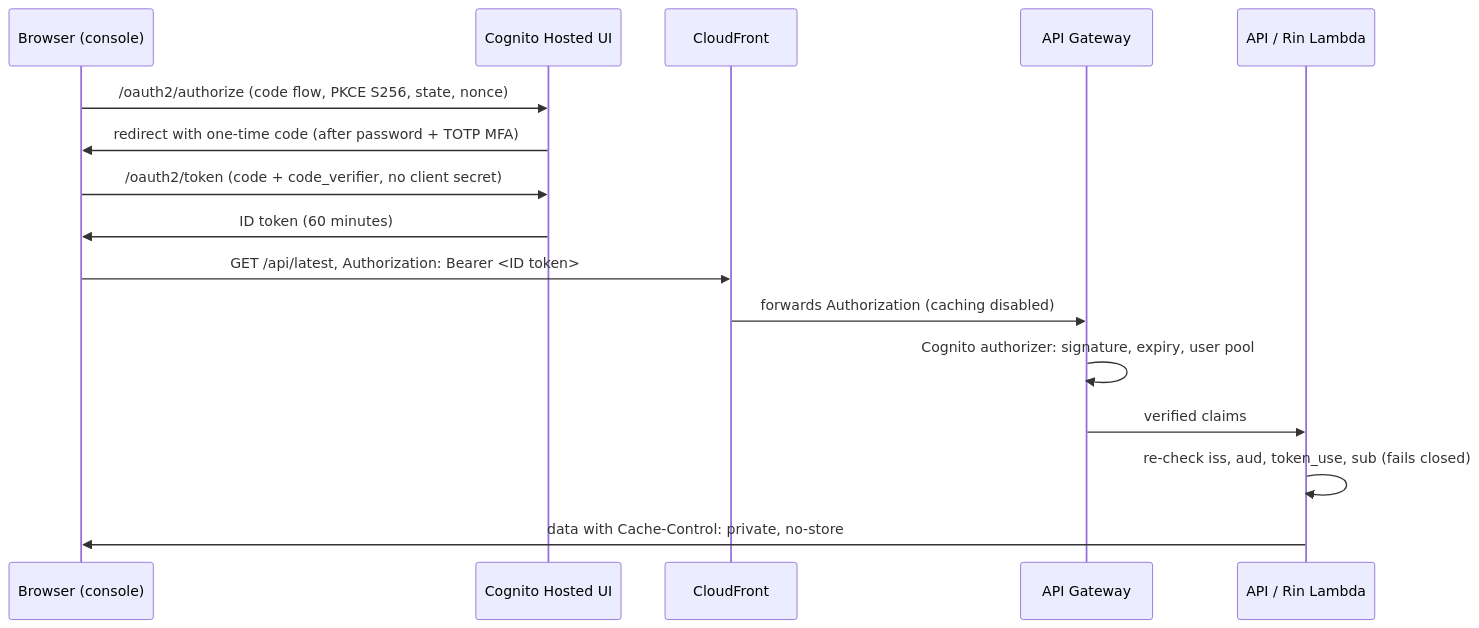
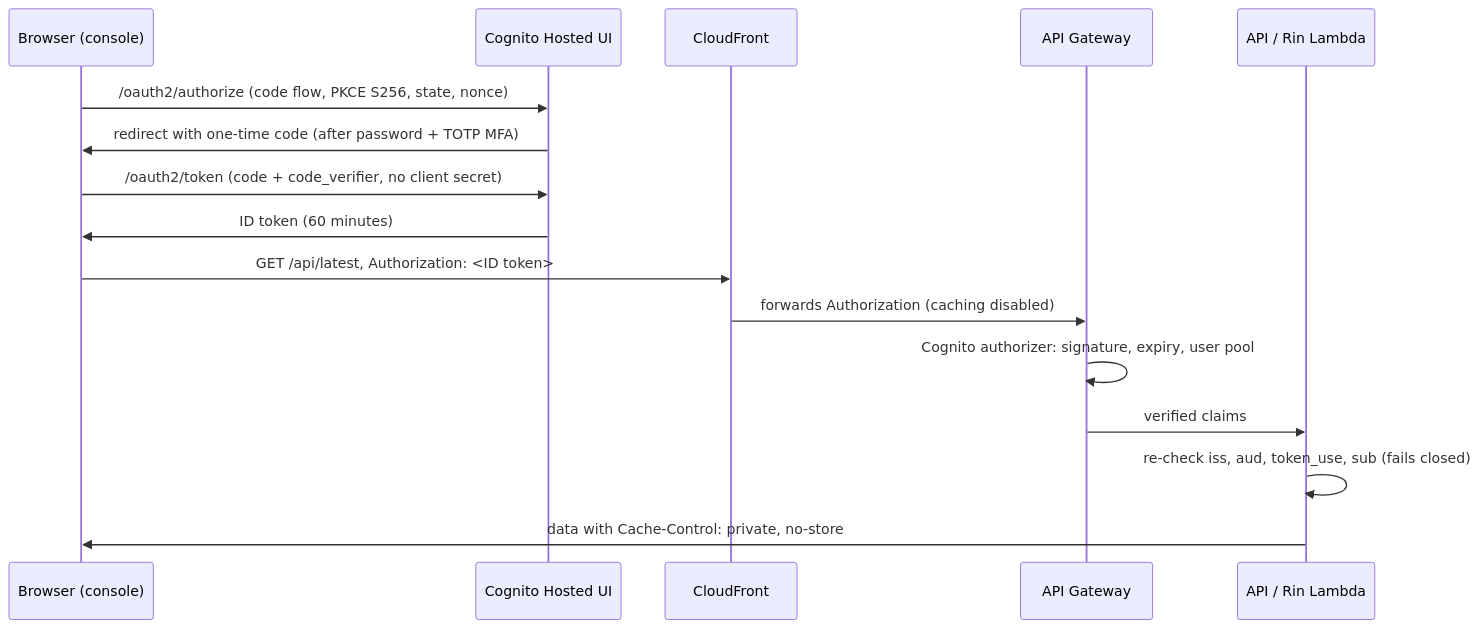
Before and after one commit to tdinh-dev-sec-scientist/account-access-auditor: the diagram in docs/private-access.md, drawn with Mermaid. The commit also changed 8 other files, not shown here.

````diff
--- a/docs/private-access.md
+++ b/docs/private-access.md
@@ -16,18 +16,18 @@
 ```mermaid
 sequenceDiagram
   participant B as Browser (console)
   participant H as Cognito Hosted UI
   participant CF as CloudFront
   participant G as API Gateway
   participant L as API / Rin Lambda
   B->>H: /oauth2/authorize (code flow, PKCE S256, state, nonce)
   H->>B: redirect with one-time code (after password + TOTP MFA)
   B->>H: /oauth2/token (code + code_verifier, no client secret)
   H->>B: ID token (60 minutes)
-  B->>CF: GET /api/latest, Authorization: Bearer <ID token>
+  B->>CF: GET /api/latest, Authorization: <ID token>
   CF->>G: forwards Authorization (caching disabled)
   G->>G: Cognito authorizer: signature, expiry, user pool
   G->>L: verified claims
   L->>L: re-check iss, aud, token_use, sub (fails closed)
   L->>B: data with Cache-Control: private, no-store
 ```
````
